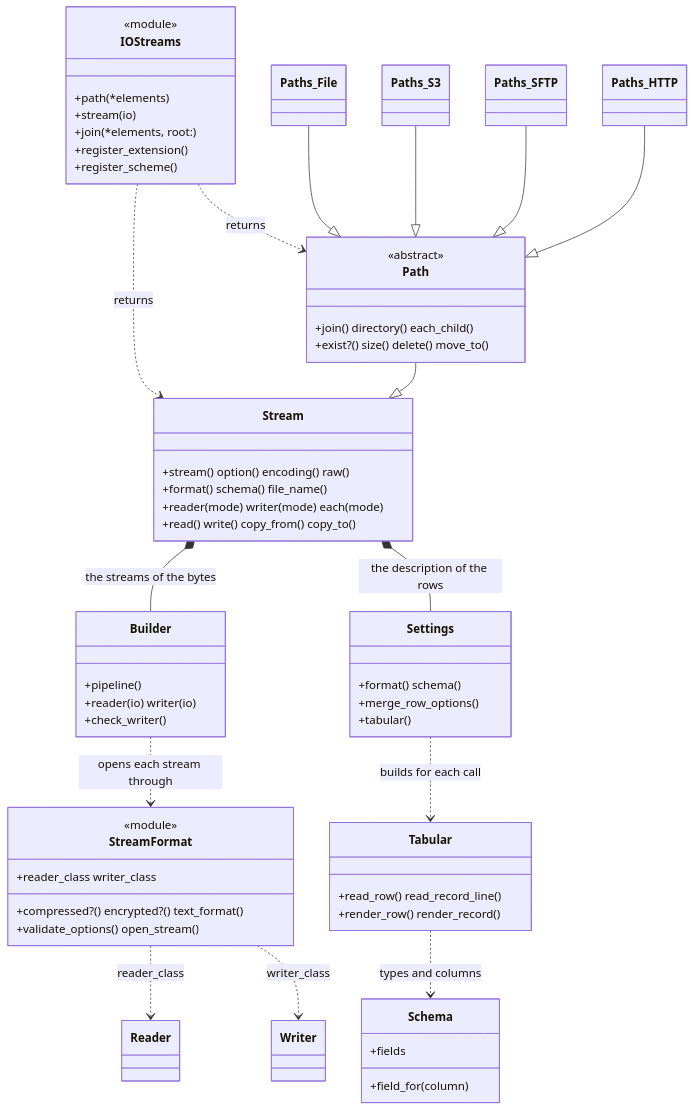
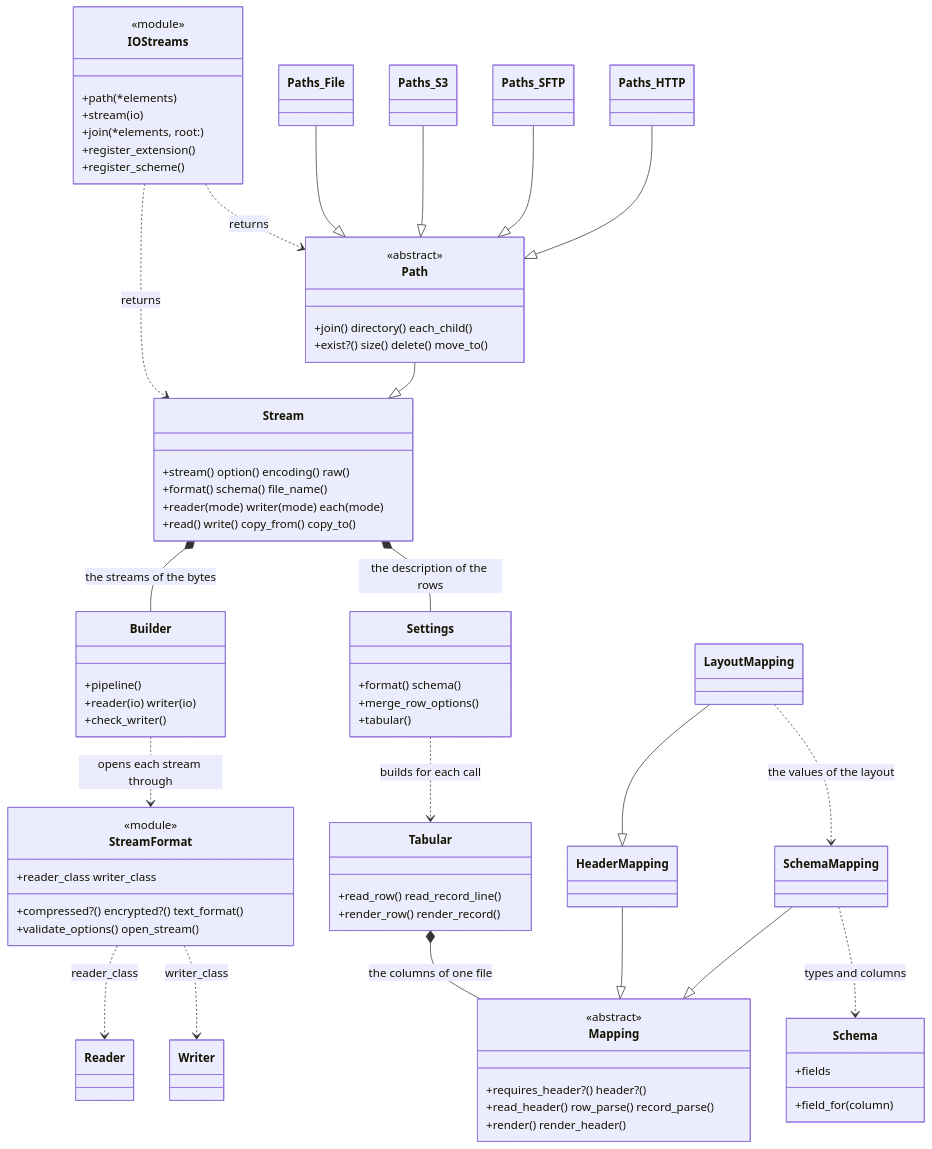
The diagram in CONTRIBUTING.md (reidmorrison/iostreams), drawn with Mermaid before and after one commit. The commit also changed other lines of this file and 8 other files, not shown here.

First line of the commit message:
Map the columns of a tabular file with one role, chosen when it is made

````diff
--- a/CONTRIBUTING.md
+++ b/CONTRIBUTING.md
@@ -160,61 +160,72 @@
 ```mermaid
 classDiagram
     class IOStreams {
         <<module>>
         +path(*elements)
         +stream(io)
         +join(*elements, root:)
         +register_extension()
         +register_scheme()
     }
     class Stream {
         +stream() option() encoding() raw()
         +format() schema() file_name()
         +reader(mode) writer(mode) each(mode)
         +read() write() copy_from() copy_to()
     }
     class Path {
         <<abstract>>
         +join() directory() each_child()
         +exist?() size() delete() move_to()
     }
     class Builder {
         +pipeline()
         +reader(io) writer(io)
         +check_writer()
     }
     class StreamFormat {
         <<module>>
         +reader_class writer_class
         +compressed?() encrypted?() text_format()
         +validate_options() open_stream()
     }
     class Settings {
         +format() schema()
         +merge_row_options()
         +tabular()
     }
     class Tabular {
         +read_row() read_record_line()
         +render_row() render_record()
     }
+    class Mapping {
+        <<abstract>>
+        +requires_header?() header?()
+        +read_header() row_parse() record_parse()
+        +render() render_header()
+    }
     class Schema {
         +fields
         +field_for(column)
     }
 
     IOStreams ..> Stream : returns
     IOStreams ..> Path : returns
     Path --|> Stream
     Paths_File --|> Path
     Paths_S3 --|> Path
     Paths_SFTP --|> Path
     Paths_HTTP --|> Path
     Stream *-- Builder : the streams of the bytes
     Stream *-- Settings : the description of the rows
     Settings ..> Tabular : builds for each call
     Builder ..> StreamFormat : opens each stream through
     StreamFormat ..> Reader : reader_class
     StreamFormat ..> Writer : writer_class
-    Tabular ..> Schema : types and columns
+    Tabular *-- Mapping : the columns of one file
+    HeaderMapping --|> Mapping
+    SchemaMapping --|> Mapping
+    LayoutMapping --|> HeaderMapping
+    LayoutMapping ..> SchemaMapping : the values of the layout
+    SchemaMapping ..> Schema : types and columns
 ```
````
